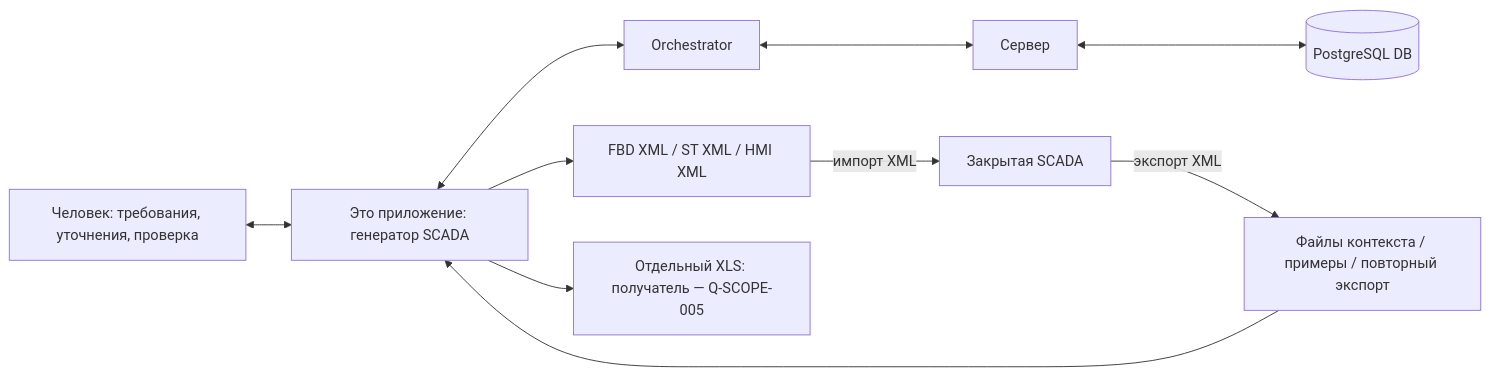
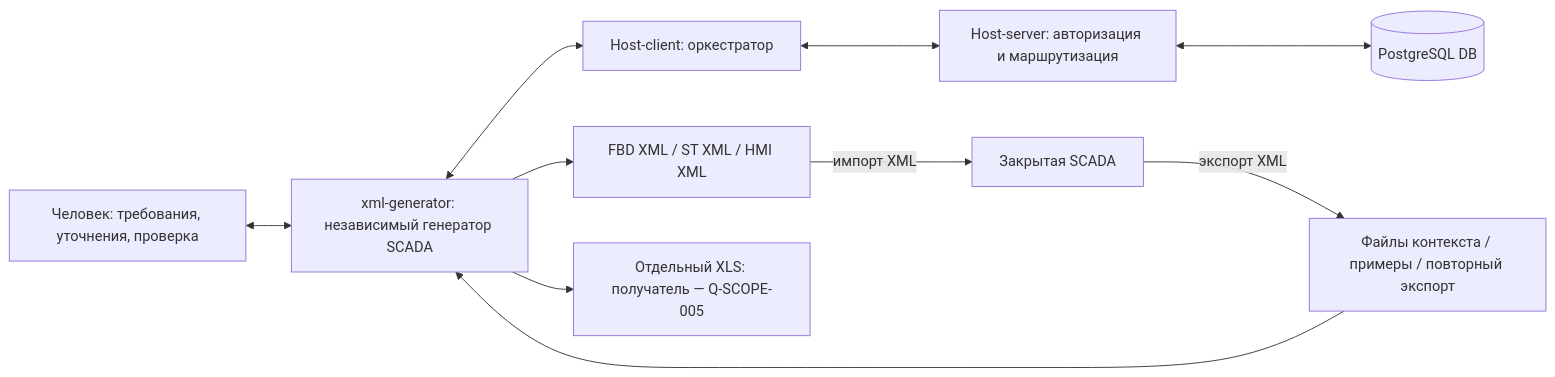
The first of 2 diagrams in docs/01-project-definition.md (KovalenkoNS/scheme-xml-generator), drawn with Mermaid before and after one commit. The commit also changed other lines of this file and 543 other files, not shown here.

````diff
--- a/docs/01-project-definition.md
+++ b/docs/01-project-definition.md
@@ -11,12 +11,12 @@
 ```mermaid
 flowchart LR
-    H["Человек: требования, уточнения, проверка"] <--> A["Это приложение: генератор SCADA"]
-    A <--> O["Orchestrator"]
-    O <--> S["Сервер"]
+    H["Человек: требования, уточнения, проверка"] <--> A["xml-generator: независимый генератор SCADA"]
+    A <--> O["Host-client: оркестратор"]
+    O <--> S["Host-server: авторизация и маршрутизация"]
     S <--> DB[("PostgreSQL DB")]
     A --> ART["FBD XML / ST XML / HMI XML"]
     ART -->|"импорт XML"| SCADA["Закрытая SCADA"]
     SCADA -->|"экспорт XML"| EXP["Файлы контекста / примеры / повторный экспорт"]
     EXP --> A
     A --> XLS["Отдельный XLS: получатель — Q-SCOPE-005"]
 ```
````
